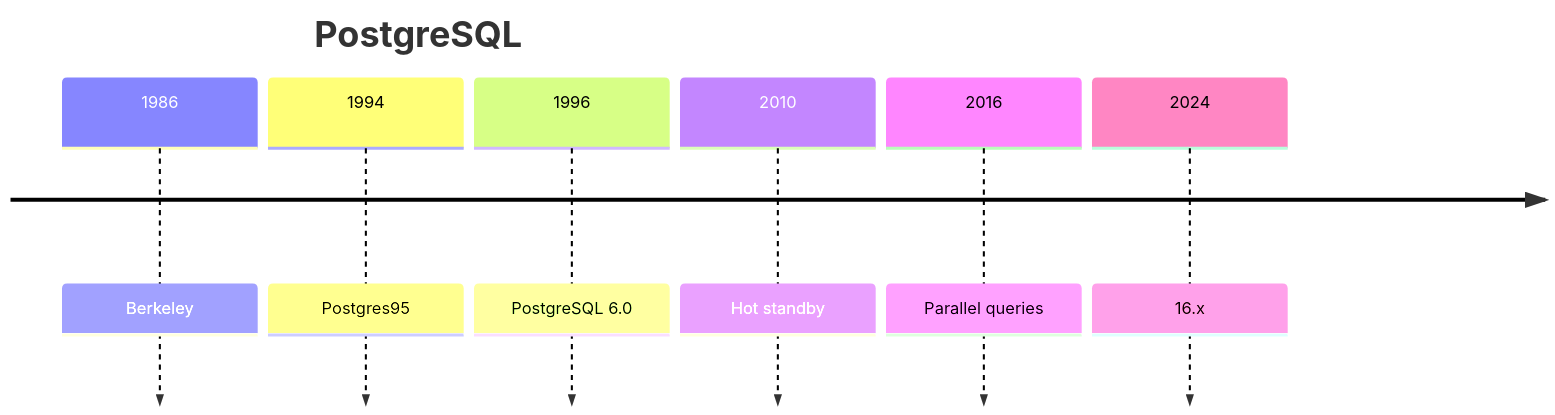
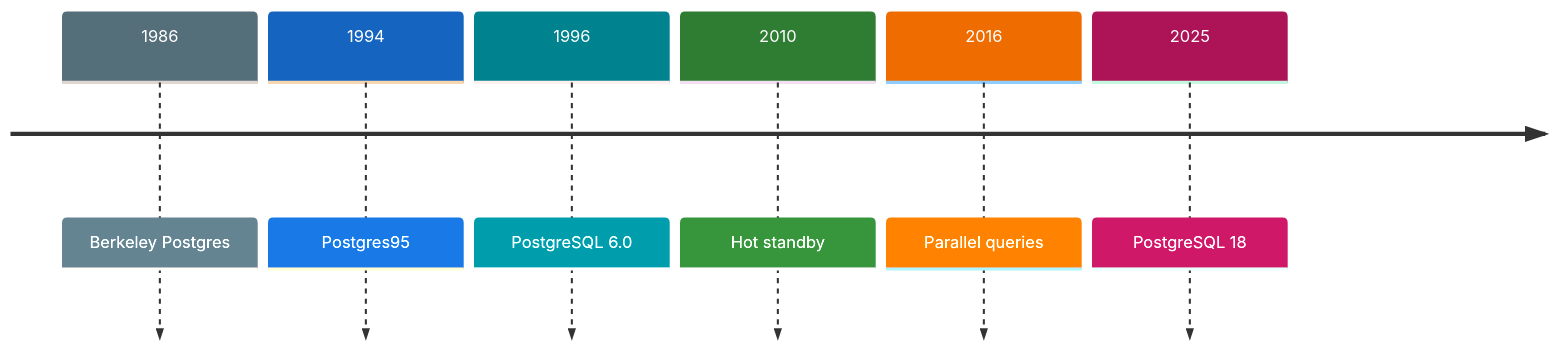
Diagram 12 of 20 in lecture-outlines/day2-database-history/slides.md (ufdatastudio/cop5725fa26), drawn with Mermaid before and after one commit. The commit also changed other lines of this file and 1 other file, not shown here.

Commit message:
docs: fix portrait cropping, color day 2 timelines, and add Oracle CIA origin

````diff
--- a/lecture-outlines/day2-database-history/slides.md
+++ b/lecture-outlines/day2-database-history/slides.md
@@ -947,10 +949,17 @@
 ```mermaid
+%%{init: {'theme':'base', 'themeVariables': {
+  'cScale0':'#546e7a', 'cScaleLabel0':'#ffffff',
+  'cScale1':'#1565c0', 'cScaleLabel1':'#ffffff',
+  'cScale2':'#00838f', 'cScaleLabel2':'#ffffff',
+  'cScale3':'#2e7d32', 'cScaleLabel3':'#ffffff',
+  'cScale4':'#ef6c00', 'cScaleLabel4':'#ffffff',
+  'cScale5':'#ad1457', 'cScaleLabel5':'#ffffff'
+}}}%%
 timeline
-  title PostgreSQL
-  1986 : Berkeley
+  1986 : Berkeley Postgres
   1994 : Postgres95
   1996 : PostgreSQL 6.0
   2010 : Hot standby
   2016 : Parallel queries
-  2024 : 16.x
+  2025 : PostgreSQL 18
 ```
````
